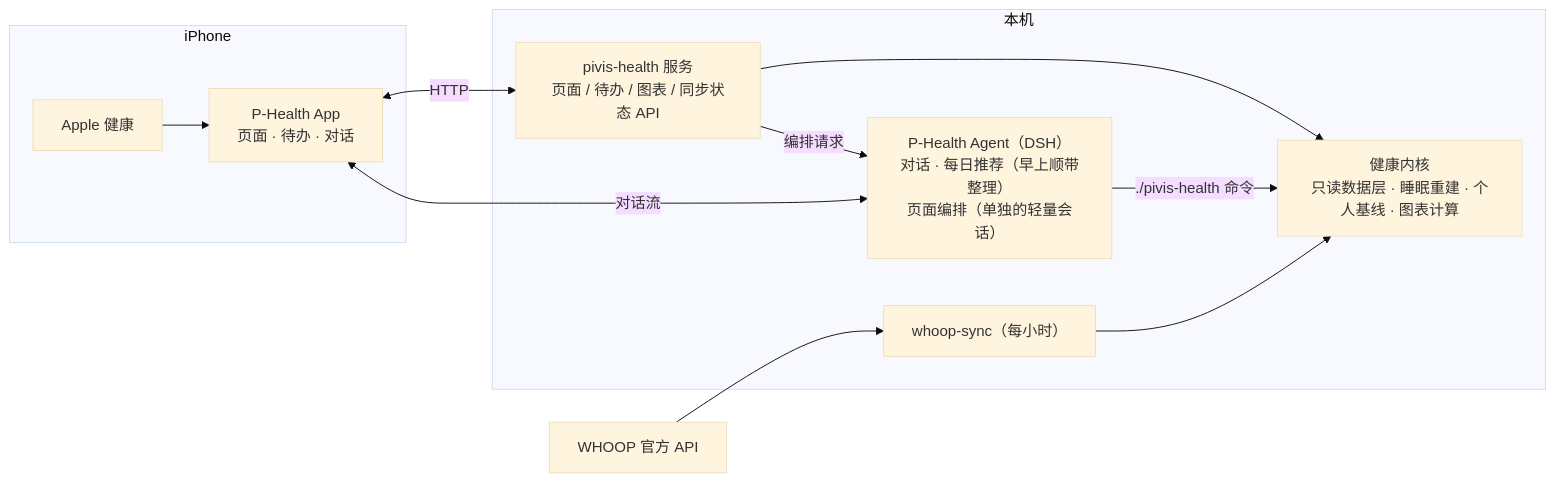
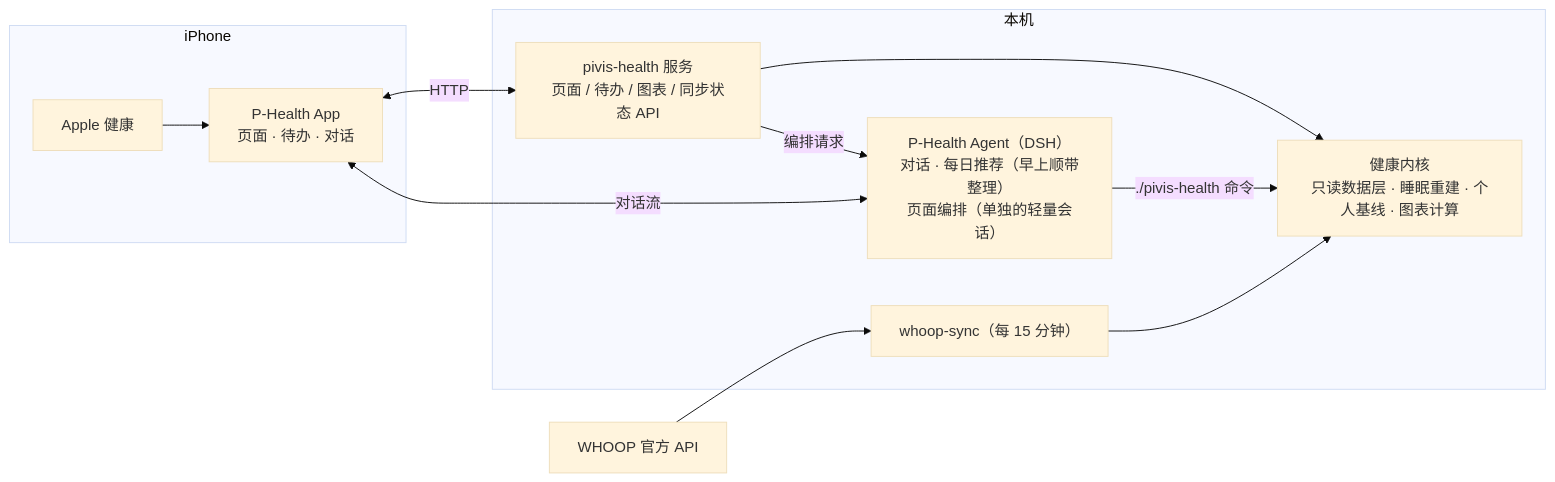
One commit to PivisYYY/pivis-health changed the diagram in README.md. Above: the diagram before and after it, drawn with Mermaid (base theme). The commit also changed other lines of this file and 16 other files, not shown here.

````diff
--- a/README.md
+++ b/README.md
@@ -79,21 +79,21 @@
 ```mermaid
 flowchart LR
   subgraph iPhone
     App["P-Health App<br/>页面 · 待办 · 对话"]
     HK["Apple 健康"]
   end
   subgraph Mac["本机"]
     Server["pivis-health 服务<br/>页面 / 待办 / 图表 / 同步状态 API"]
     Kernel["健康内核<br/>只读数据层 · 睡眠重建 · 个人基线 · 图表计算"]
-    Sync["whoop-sync（每小时）"]
+    Sync["whoop-sync（每 15 分钟）"]
     Agent["P-Health Agent（DSH）<br/>对话 · 每日推荐（早上顺带整理）<br/>页面编排（单独的轻量会话）"]
   end
   WHOOP["WHOOP 官方 API"]
   HK --> App
   App <-->|HTTP| Server
   App <-->|对话流| Agent
   Server --> Kernel
   Agent -->|./pivis-health 命令| Kernel
   Server -->|编排请求| Agent
   WHOOP --> Sync --> Kernel
 ```
````
